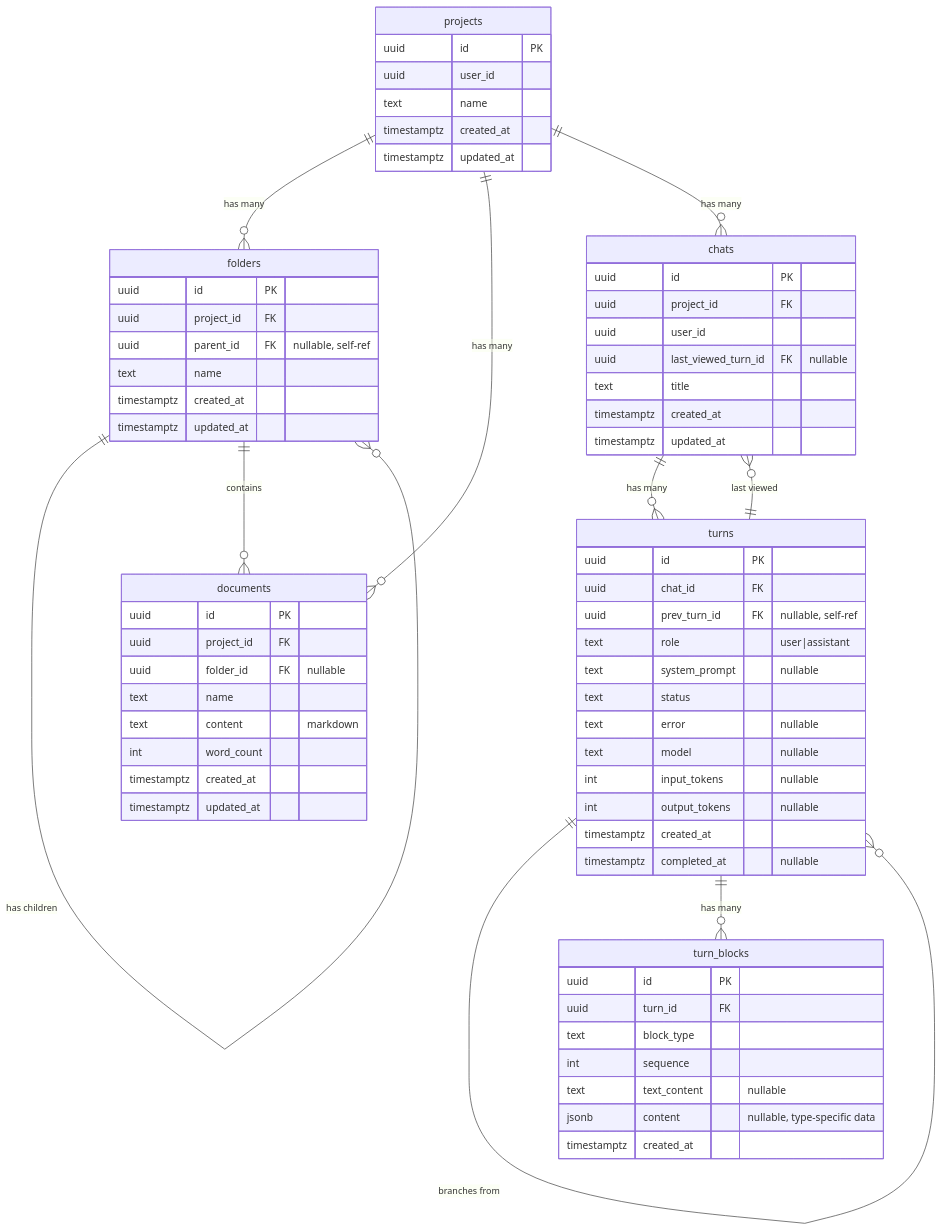
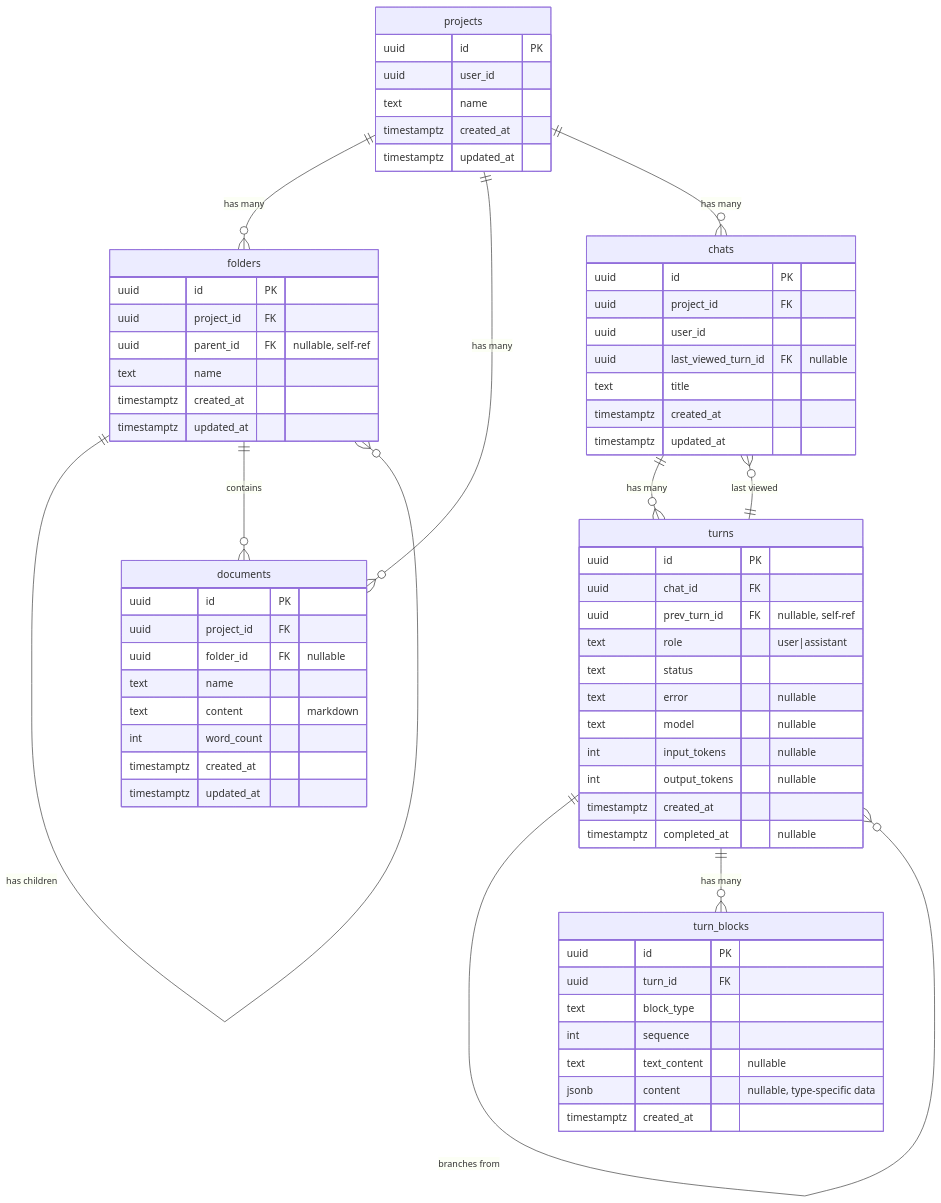
One commit to haowjy/meridian changed the first of 2 diagrams in _docs/technical/backend/database/schema.md. Above: the diagram before and after it, drawn with Mermaid. The commit also changed other lines of this file and 20 other files, not shown here.

````diff
--- a/_docs/technical/backend/database/schema.md
+++ b/_docs/technical/backend/database/schema.md
@@ -14,75 +14,74 @@
 ```mermaid
 erDiagram
     projects ||--o{ folders : "has many"
     projects ||--o{ documents : "has many"
     projects ||--o{ chats : "has many"
     folders ||--o{ folders : "has children"
     folders ||--o{ documents : "contains"
     chats ||--o{ turns : "has many"
     chats }o--|| turns : "last viewed"
     turns ||--o{ turns : "branches from"
     turns ||--o{ turn_blocks : "has many"
 
     projects {
         uuid id PK
         uuid user_id
         text name
         timestamptz created_at
         timestamptz updated_at
     }
 
     folders {
         uuid id PK
         uuid project_id FK
         uuid parent_id FK "nullable, self-ref"
         text name
         timestamptz created_at
         timestamptz updated_at
     }
 
     documents {
         uuid id PK
         uuid project_id FK
         uuid folder_id FK "nullable"
         text name
         text content "markdown"
         int word_count
         timestamptz created_at
         timestamptz updated_at
     }
 
     chats {
         uuid id PK
         uuid project_id FK
         uuid user_id
         uuid last_viewed_turn_id FK "nullable"
         text title
         timestamptz created_at
         timestamptz updated_at
     }
 
     turns {
         uuid id PK
         uuid chat_id FK
         uuid prev_turn_id FK "nullable, self-ref"
         text role "user|assistant"
-        text system_prompt "nullable"
         text status
         text error "nullable"
         text model "nullable"
         int input_tokens "nullable"
         int output_tokens "nullable"
         timestamptz created_at
         timestamptz completed_at "nullable"
     }
 
     turn_blocks {
         uuid id PK
         uuid turn_id FK
         text block_type
         int sequence
         text text_content "nullable"
         jsonb content "nullable, type-specific data"
         timestamptz created_at
     }
 ```
````
